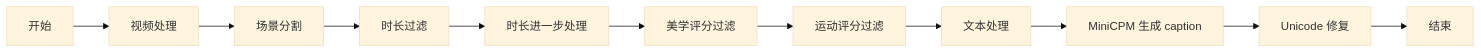
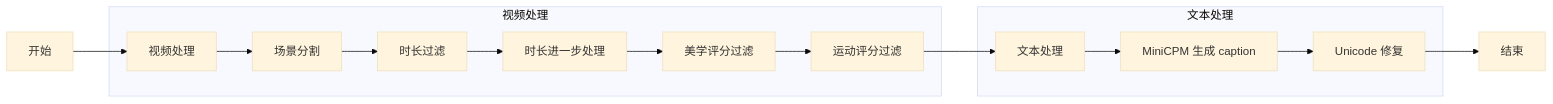
One commit to simplaj/Modelscope-Sora changed the diagram in README.md. Above: the diagram before and after it, drawn with Mermaid (base theme).

````diff
--- a/README.md
+++ b/README.md
@@ -4,13 +4,29 @@
 ```mermaid
 graph LR
     A[开始] --> B[视频处理]
     B --> C[场景分割]
     C --> D[时长过滤]
     D --> E[时长进一步处理]
     E --> F[美学评分过滤]
     F --> G[运动评分过滤]
+    
     G --> H[文本处理]
     H --> I[MiniCPM 生成 caption]
     I --> J[Unicode 修复]
     J --> K[结束]
+    
+    subgraph 视频处理
+    B
+    C
+    D
+    E
+    F
+    G
+    end
+    
+    subgraph 文本处理
+    H
+    I
+    J
+    end
 ```
````
